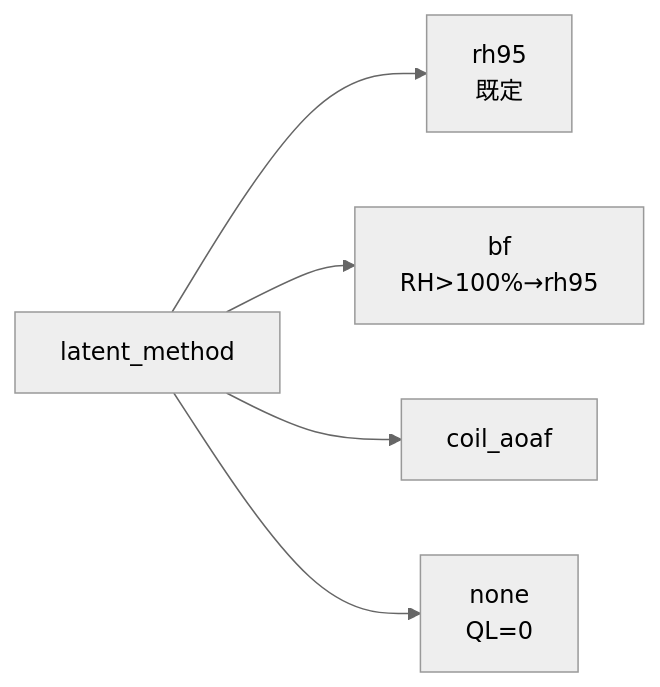
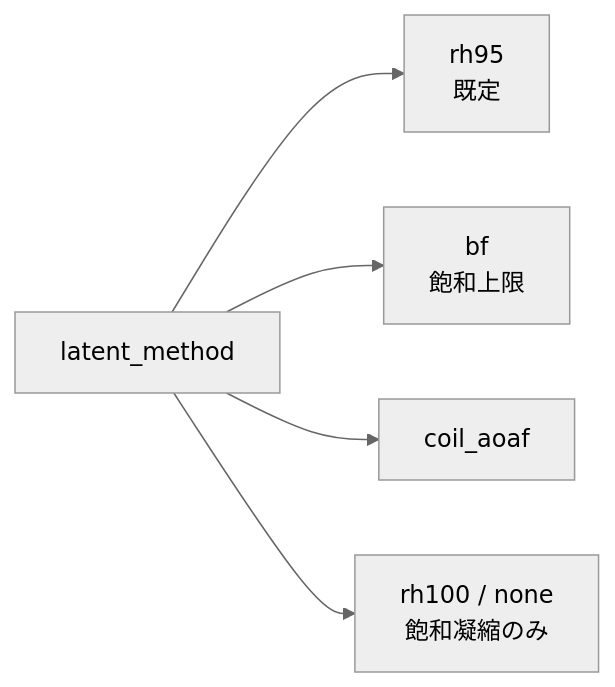
One commit to iguchi-lab/vtsimnx changed the second of 2 diagrams in engine/docs/aircon_spec_reference.md. Above: the diagram before and after it, drawn with Mermaid (neutral theme). The commit also changed other lines of this file and 34 other files, not shown here.

````diff
--- a/engine/docs/aircon_spec_reference.md
+++ b/engine/docs/aircon_spec_reference.md
@@ -48,7 +48,7 @@
 ```mermaid
 flowchart LR
     LM["latent_method"] --> RH["rh95<br/>既定"]
-    LM --> BF["bf<br/>RH>100%→rh95"]
+    LM --> BF["bf<br/>飽和上限"]
     LM --> AO["coil_aoaf"]
-    LM --> NO["none<br/>QL=0"]
+    LM --> NO["rh100 / none<br/>飽和凝縮のみ"]
 ```
````
